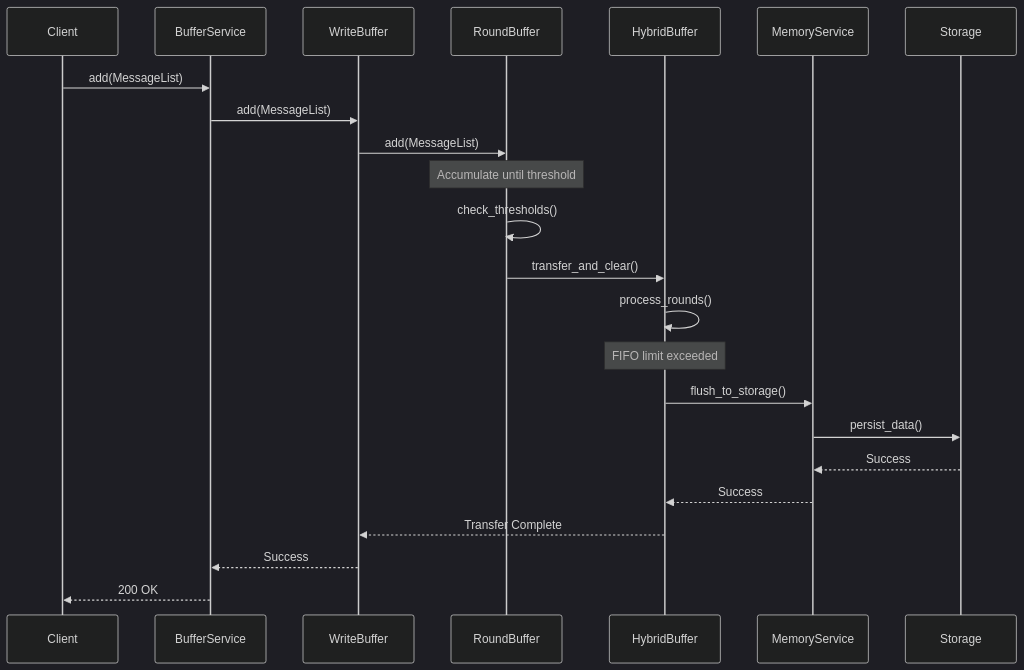
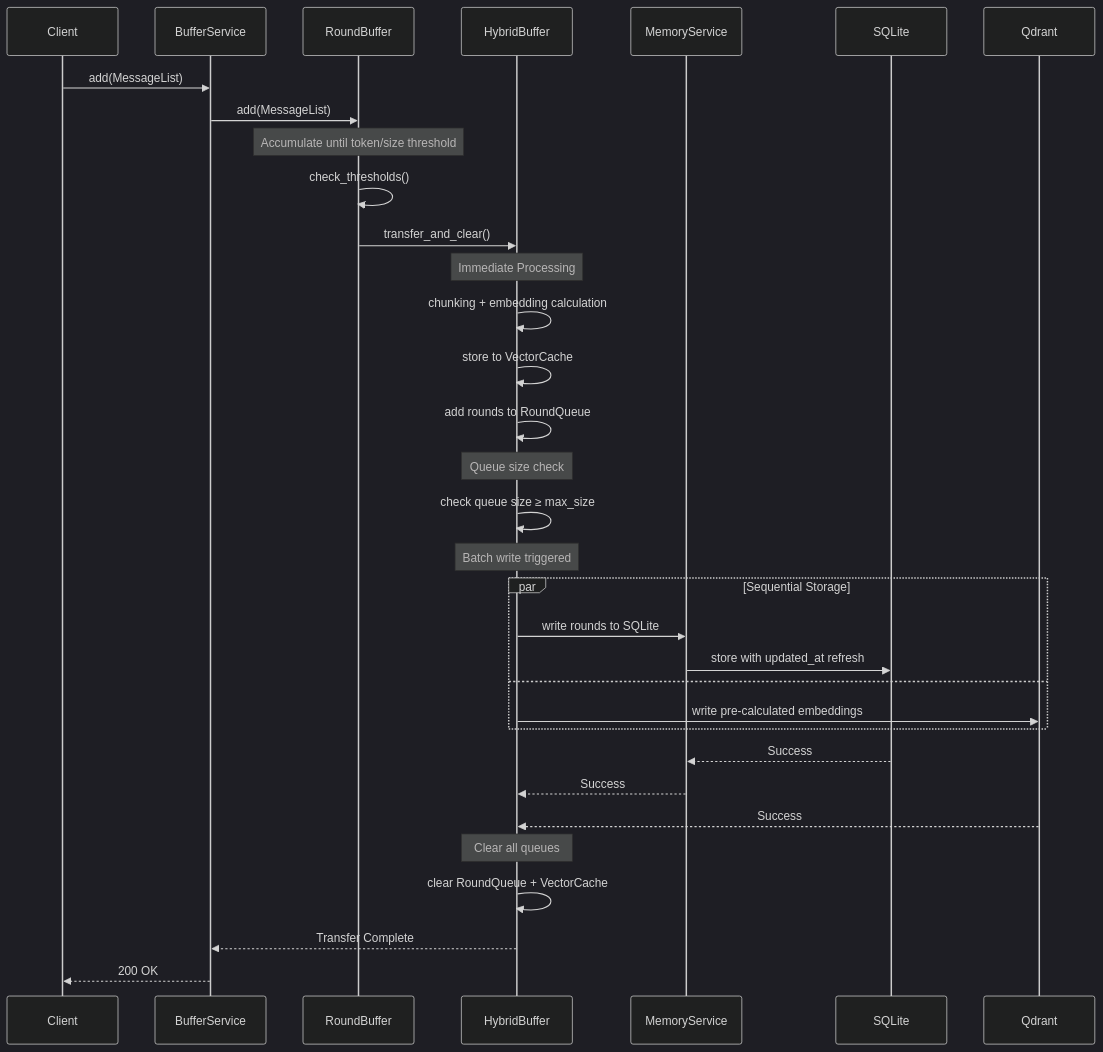
Before and after one commit to memfuse/memfuse: the seventh of 14 diagrams in docs/architecture/buffer.md, drawn with Mermaid (dark theme). The commit also changed other lines of this file and 8 other files, not shown here.

First line of the commit message:
feat(buffer): implement dual-queue HybridBuffer with immediate processing

````diff
--- a/docs/architecture/buffer.md
+++ b/docs/architecture/buffer.md
@@ -198,31 +210,44 @@
 ```mermaid
 sequenceDiagram
     participant Client
     participant BufferService
-    participant WriteBuffer
     participant RoundBuffer
     participant HybridBuffer
     participant MemoryService
-    participant Storage
+    participant SQLite
+    participant Qdrant
 
     Client->>BufferService: add(MessageList)
-    BufferService->>WriteBuffer: add(MessageList)
-    WriteBuffer->>RoundBuffer: add(MessageList)
-    
-    Note over RoundBuffer: Accumulate until threshold
-    
+    BufferService->>RoundBuffer: add(MessageList)
+
+    Note over RoundBuffer: Accumulate until token/size threshold
+
     RoundBuffer->>RoundBuffer: check_thresholds()
     RoundBuffer->>HybridBuffer: transfer_and_clear()
-    HybridBuffer->>HybridBuffer: process_rounds()
-    
-    Note over HybridBuffer: FIFO limit exceeded
-    
-    HybridBuffer->>MemoryService: flush_to_storage()
-    MemoryService->>Storage: persist_data()
-    
-    Storage-->>MemoryService: Success
+
+    Note over HybridBuffer: Immediate Processing
+    HybridBuffer->>HybridBuffer: chunking + embedding calculation
+    HybridBuffer->>HybridBuffer: store to VectorCache
+    HybridBuffer->>HybridBuffer: add rounds to RoundQueue
+
+    Note over HybridBuffer: Queue size check
+    HybridBuffer->>HybridBuffer: check queue size ≥ max_size
+
+    Note over HybridBuffer: Batch write triggered
+    par Sequential Storage
+        HybridBuffer->>MemoryService: write rounds to SQLite
+        MemoryService->>SQLite: store with updated_at refresh
+    and
+        HybridBuffer->>Qdrant: write pre-calculated embeddings
+    end
+
+    SQLite-->>MemoryService: Success
     MemoryService-->>HybridBuffer: Success
-    HybridBuffer-->>WriteBuffer: Transfer Complete
-    WriteBuffer-->>BufferService: Success
+    Qdrant-->>HybridBuffer: Success
+
+    Note over HybridBuffer: Clear all queues
+    HybridBuffer->>HybridBuffer: clear RoundQueue + VectorCache
+
+    HybridBuffer-->>BufferService: Transfer Complete
     BufferService-->>Client: 200 OK
 ```
````
